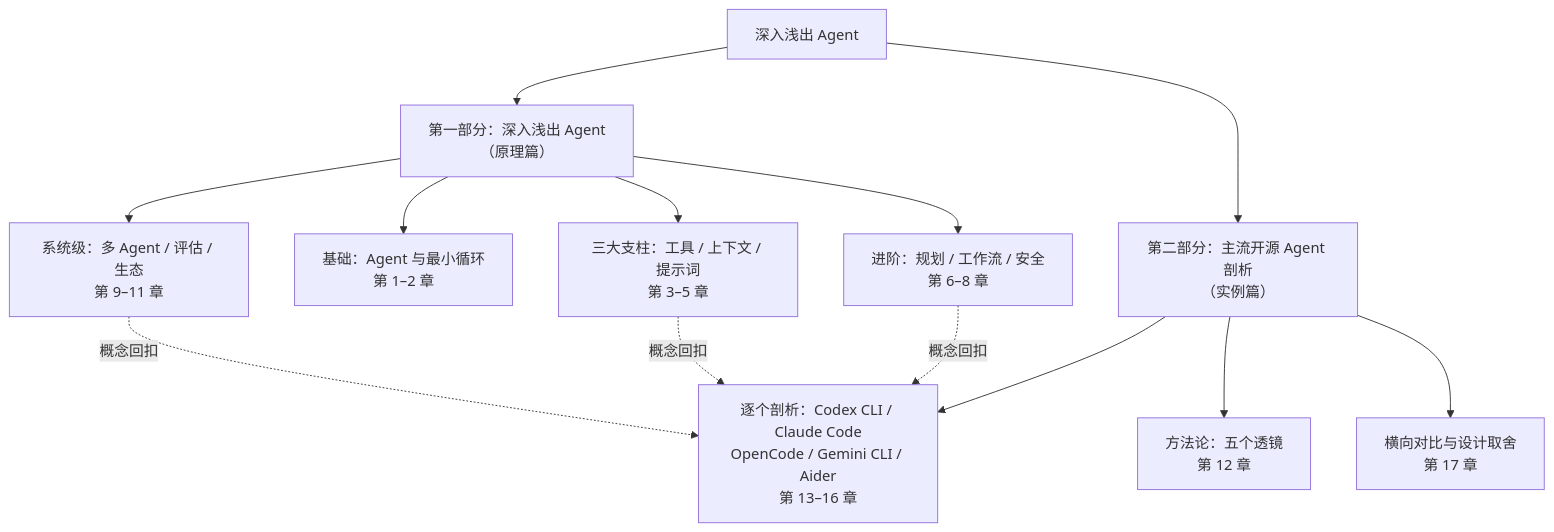
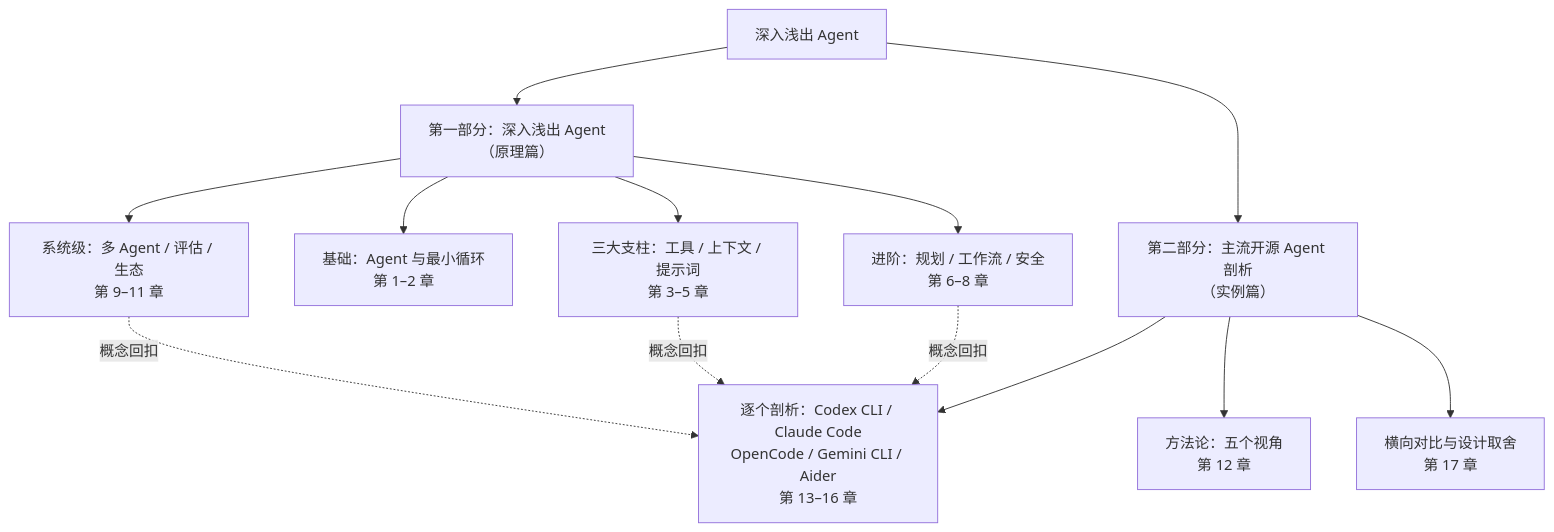
Before and after one commit to chongyi/deep-dive-agents: the diagram in src/README.md, drawn with Mermaid. The commit also changed other lines of this file and 7 other files, not shown here.

Commit message:
术语治理：「五个透镜」改为「五个视角」，去除英文 lens 比喻的生硬直译

````diff
--- a/src/README.md
+++ b/src/README.md
@@ -20,23 +20,23 @@
 ```mermaid
 flowchart TB
     book["深入浅出 Agent"]
 
     p1["第一部分：深入浅出 Agent<br/>（原理篇）"]
     p2["第二部分：主流开源 Agent 剖析<br/>（实例篇）"]
 
     book --> p1
     book --> p2
 
     p1 --> a["基础：Agent 与最小循环<br/>第 1–2 章"]
     p1 --> b["三大支柱：工具 / 上下文 / 提示词<br/>第 3–5 章"]
     p1 --> c["进阶：规划 / 工作流 / 安全<br/>第 6–8 章"]
     p1 --> d["系统级：多 Agent / 评估 / 生态<br/>第 9–11 章"]
 
-    p2 --> e["方法论：五个透镜<br/>第 12 章"]
+    p2 --> e["方法论：五个视角<br/>第 12 章"]
     p2 --> f["逐个剖析：Codex CLI / Claude Code<br/>OpenCode / Gemini CLI / Aider<br/>第 13–16 章"]
     p2 --> g["横向对比与设计取舍<br/>第 17 章"]
 
     c -.概念回扣.-> f
     b -.概念回扣.-> f
     d -.概念回扣.-> f
 ```
````
